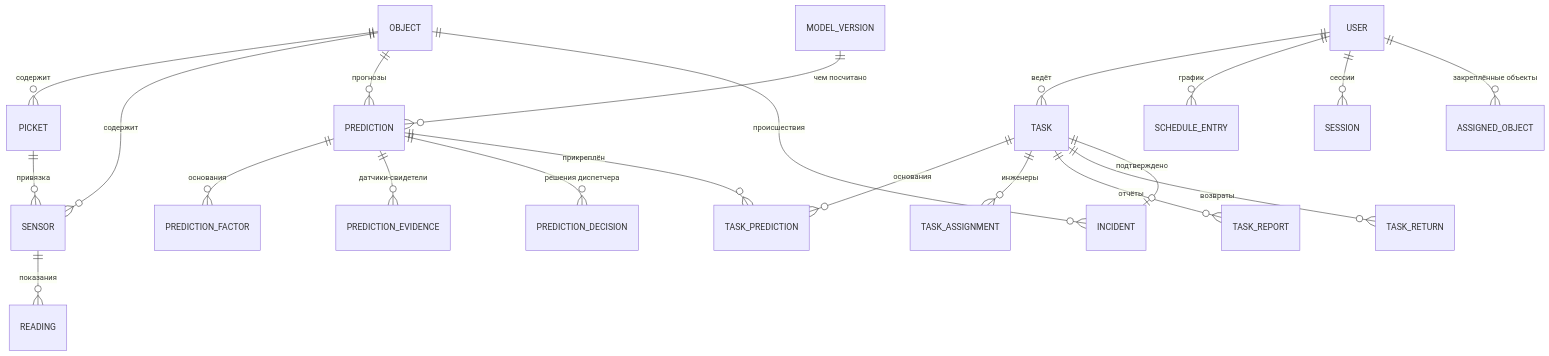
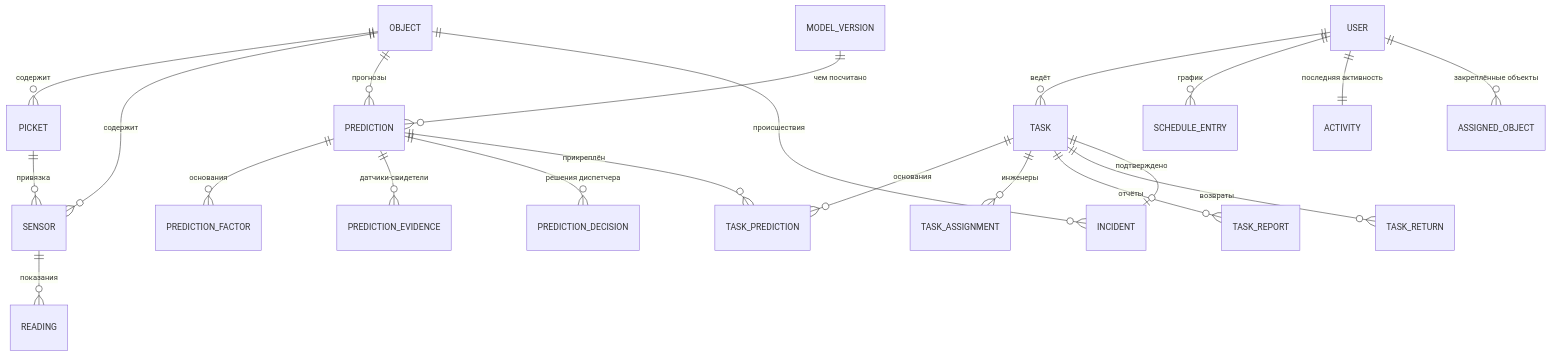
One commit to Think-Faster/Think-Faster changed the diagram in docs/backend/домены-и-сущности.md. Above: the diagram before and after it, drawn with Mermaid. The commit also changed other lines of this file, not shown here.

````diff
--- a/docs/backend/домены-и-сущности.md
+++ b/docs/backend/домены-и-сущности.md
@@ -44,23 +44,23 @@
 ```mermaid
 erDiagram
     OBJECT ||--o{ PICKET : "содержит"
     OBJECT ||--o{ SENSOR : "содержит"
     PICKET ||--o{ SENSOR : "привязка"
     SENSOR ||--o{ READING : "показания"
     OBJECT ||--o{ PREDICTION : "прогнозы"
     PREDICTION ||--o{ PREDICTION_FACTOR : "основания"
     PREDICTION ||--o{ PREDICTION_EVIDENCE : "датчики-свидетели"
     PREDICTION ||--o{ PREDICTION_DECISION : "решения диспетчера"
     TASK ||--o{ TASK_PREDICTION : "основания"
     PREDICTION ||--o{ TASK_PREDICTION : "прикреплён"
     TASK ||--o{ TASK_ASSIGNMENT : "инженеры"
     TASK ||--o{ TASK_REPORT : "отчёты"
     TASK ||--o{ TASK_RETURN : "возвраты"
     TASK ||--o| INCIDENT : "подтверждено"
     OBJECT ||--o{ INCIDENT : "происшествия"
     USER ||--o{ TASK : "ведёт"
     USER ||--o{ SCHEDULE_ENTRY : "график"
-    USER ||--o{ SESSION : "сессии"
+    USER ||--|| ACTIVITY : "последняя активность"
     USER ||--o{ ASSIGNED_OBJECT : "закреплённые объекты"
     MODEL_VERSION ||--o{ PREDICTION : "чем посчитано"
 ```
````
